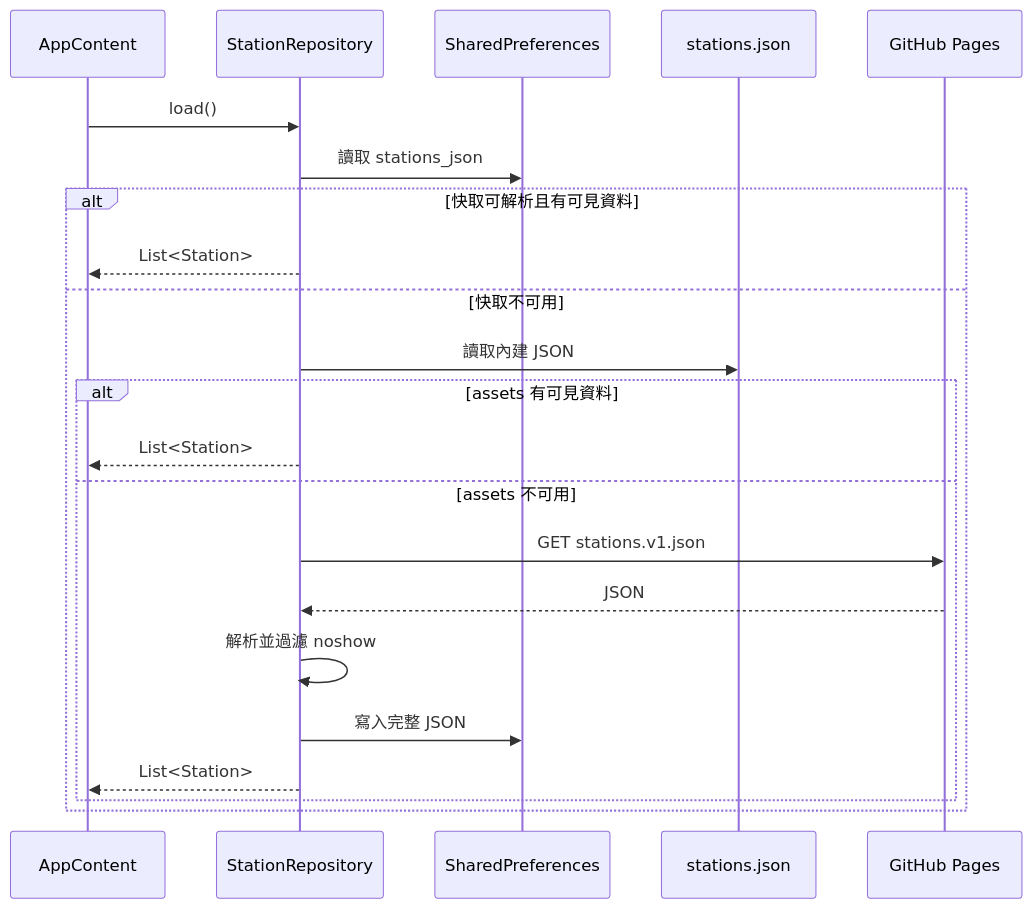
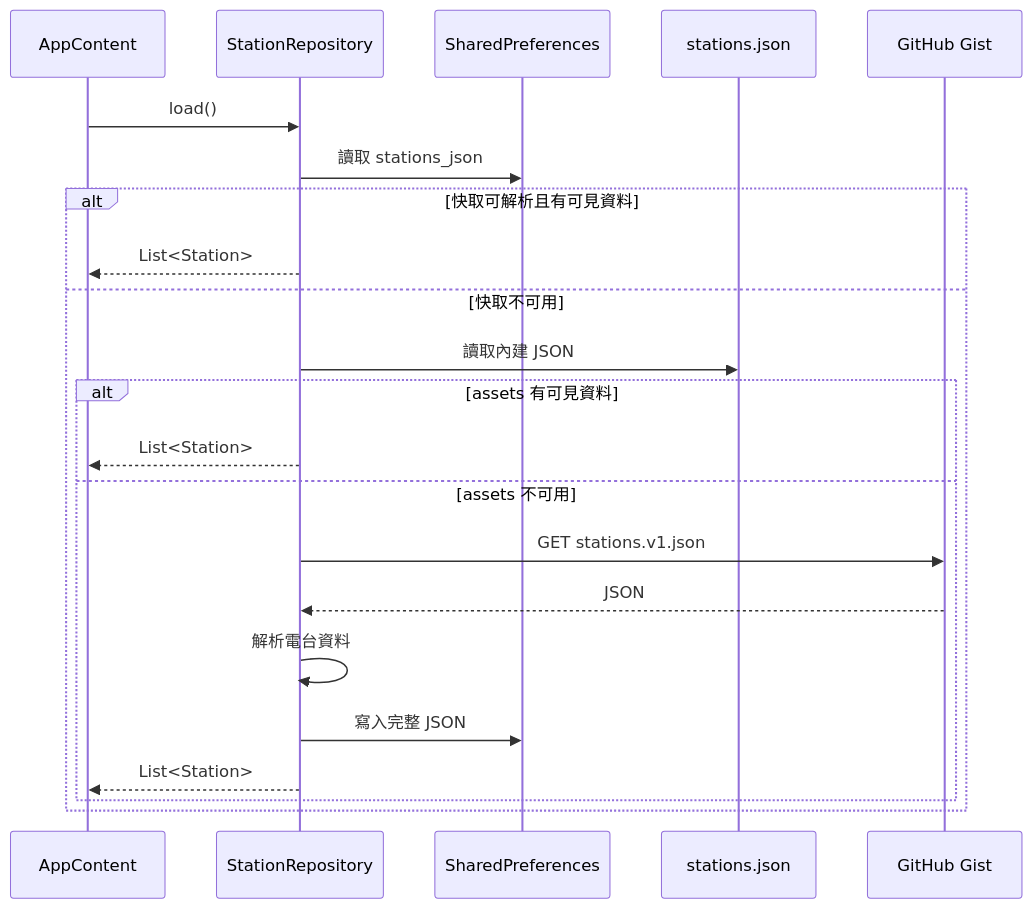
One commit to mark216tw/mini-taiwan-radio changed the first of 3 diagrams in docs/SYSTEM_DESIGN.md. Above: the diagram before and after it, drawn with Mermaid. The commit also changed other lines of this file and 14 other files, not shown here.

````diff
--- a/docs/SYSTEM_DESIGN.md
+++ b/docs/SYSTEM_DESIGN.md
@@ -85,25 +83,25 @@
 ```mermaid
 sequenceDiagram
     participant UI as AppContent
     participant Repo as StationRepository
     participant SP as SharedPreferences
     participant Assets as stations.json
-    participant Remote as GitHub Pages
+    participant Remote as GitHub Gist
 
     UI->>Repo: load()
     Repo->>SP: 讀取 stations_json
     alt 快取可解析且有可見資料
         Repo-->>UI: List<Station>
     else 快取不可用
         Repo->>Assets: 讀取內建 JSON
         alt assets 有可見資料
             Repo-->>UI: List<Station>
         else assets 不可用
             Repo->>Remote: GET stations.v1.json
             Remote-->>Repo: JSON
-            Repo->>Repo: 解析並過濾 noshow
+            Repo->>Repo: 解析電台資料
             Repo->>SP: 寫入完整 JSON
             Repo-->>UI: List<Station>
         end
     end
 ```
````
